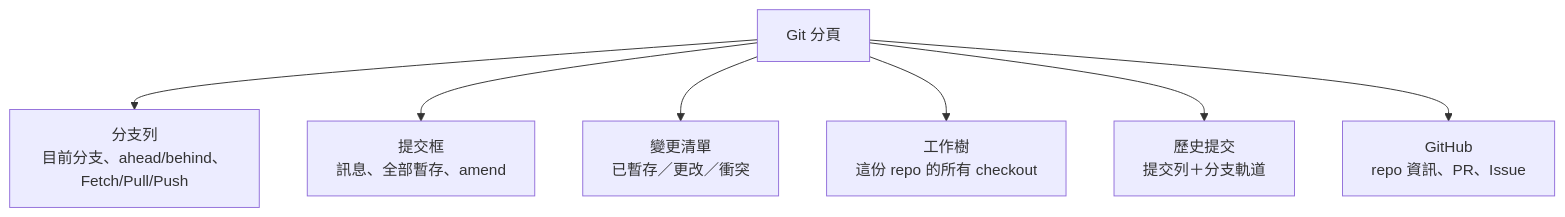
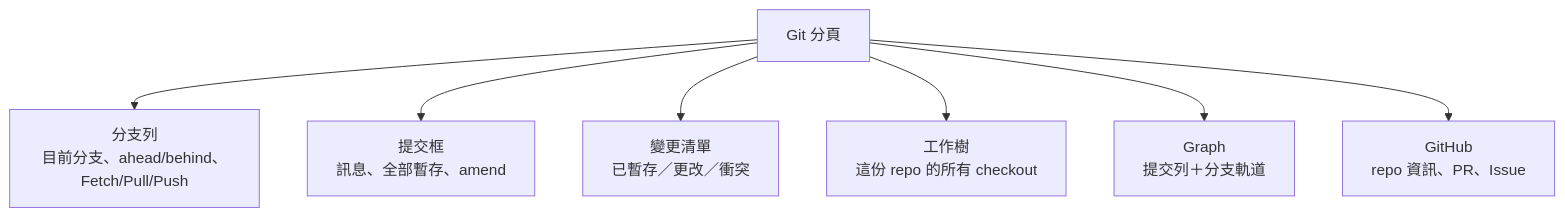
One commit to ET921/dsh-git-management changed the second of 5 diagrams in README.md. Above: the diagram before and after it, drawn with Mermaid. The commit also changed other lines of this file and 12 other files, not shown here.

First line of the commit message:
feat/graph-collaboration : 顯示同事分支並修好按鈕字色

````diff
--- a/README.md
+++ b/README.md
@@ -53,9 +53,9 @@
 ```mermaid
 flowchart TB
   P["Git 分頁"] --> A["分支列<br/>目前分支、ahead/behind、Fetch/Pull/Push"]
   P --> B["提交框<br/>訊息、全部暫存、amend"]
   P --> C["變更清單<br/>已暫存／更改／衝突"]
   P --> D["工作樹<br/>這份 repo 的所有 checkout"]
-  P --> E["歷史提交<br/>提交列＋分支軌道"]
+  P --> E["Graph<br/>提交列＋分支軌道"]
   P --> F["GitHub<br/>repo 資訊、PR、Issue"]
 ```
````
